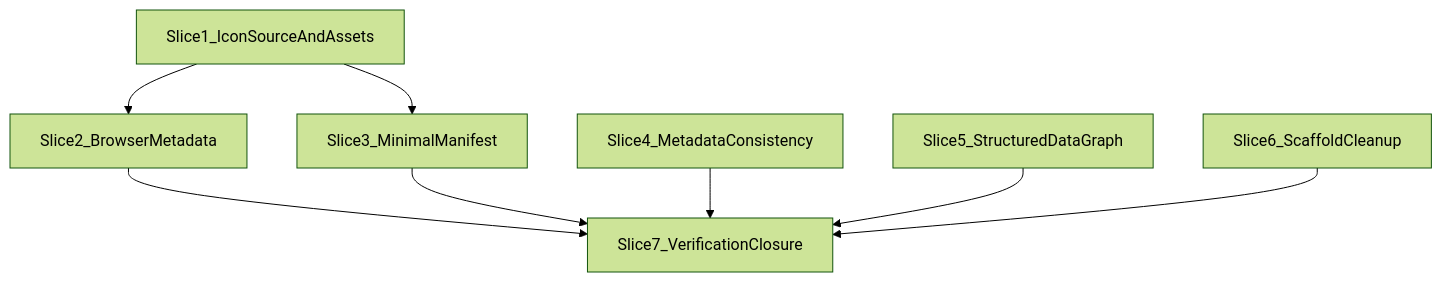
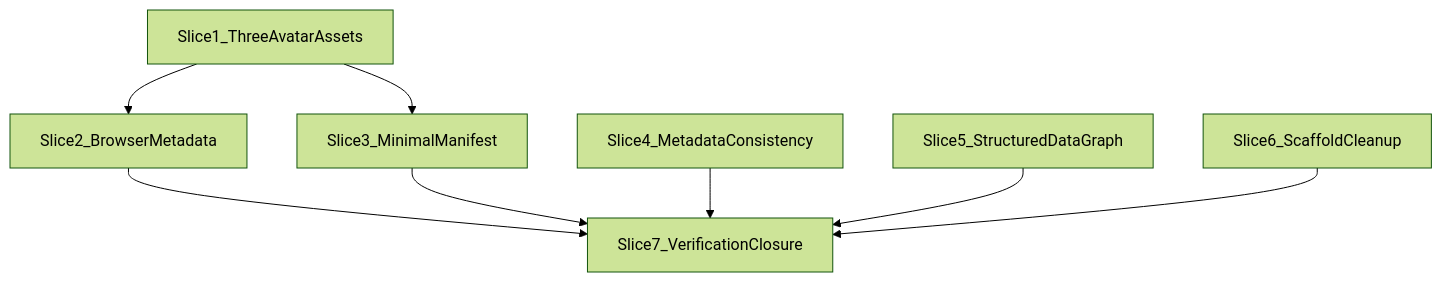
The diagram in .cursor/plans/web-identity-metadata.plan.md (mastermichaelt/portfolio), drawn with Mermaid (forest theme) before and after one commit. The commit also changed other lines of this file, not shown here.

First line of the commit message:
Simplify icon plan to three pixel-art PNG assets.

````diff
--- a/.cursor/plans/web-identity-metadata.plan.md
+++ b/.cursor/plans/web-identity-metadata.plan.md
@@ -86,18 +121,18 @@
 ```mermaid
 flowchart TD
-  s1[Slice1_IconSourceAndAssets]
+  s1[Slice1_ThreeAvatarAssets]
   s2[Slice2_BrowserMetadata]
   s3[Slice3_MinimalManifest]
   s4[Slice4_MetadataConsistency]
   s5[Slice5_StructuredDataGraph]
   s6[Slice6_ScaffoldCleanup]
   s7[Slice7_VerificationClosure]
 
   s1 --> s2
   s1 --> s3
   s2 --> s7
   s3 --> s7
   s4 --> s7
   s5 --> s7
   s6 --> s7
 ```
````
